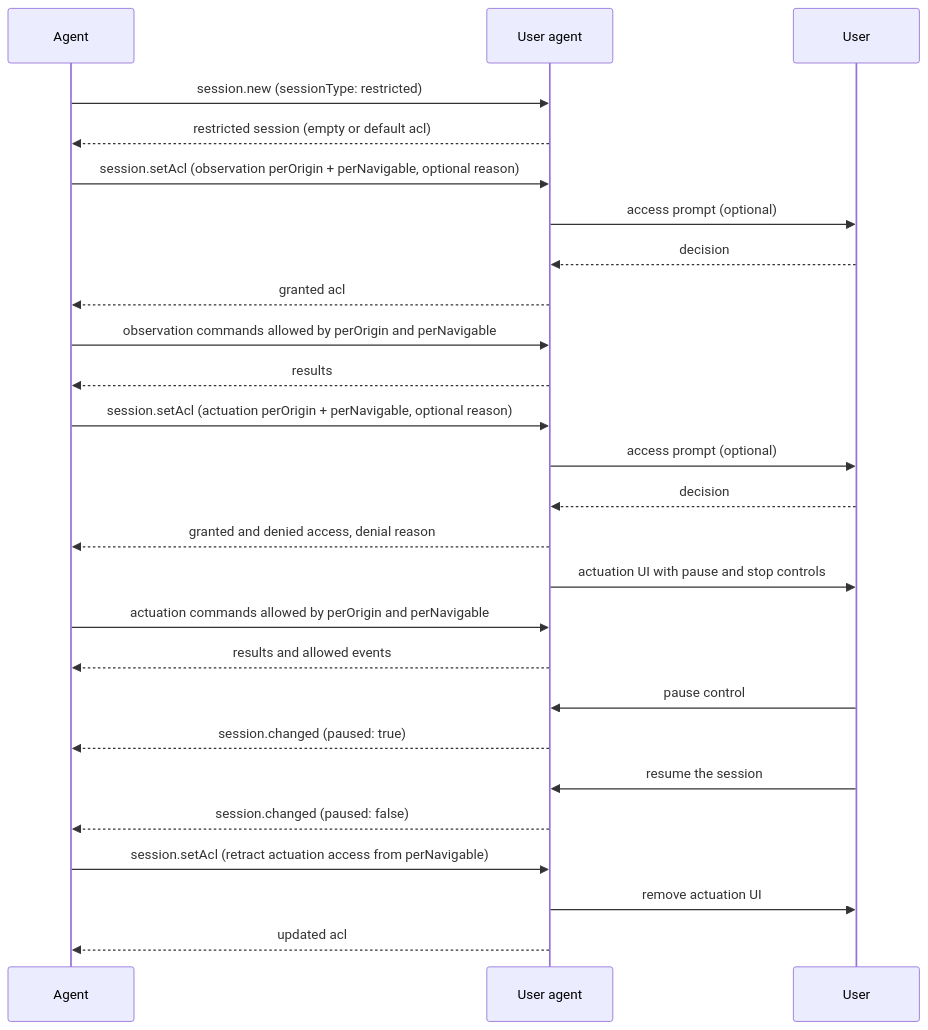
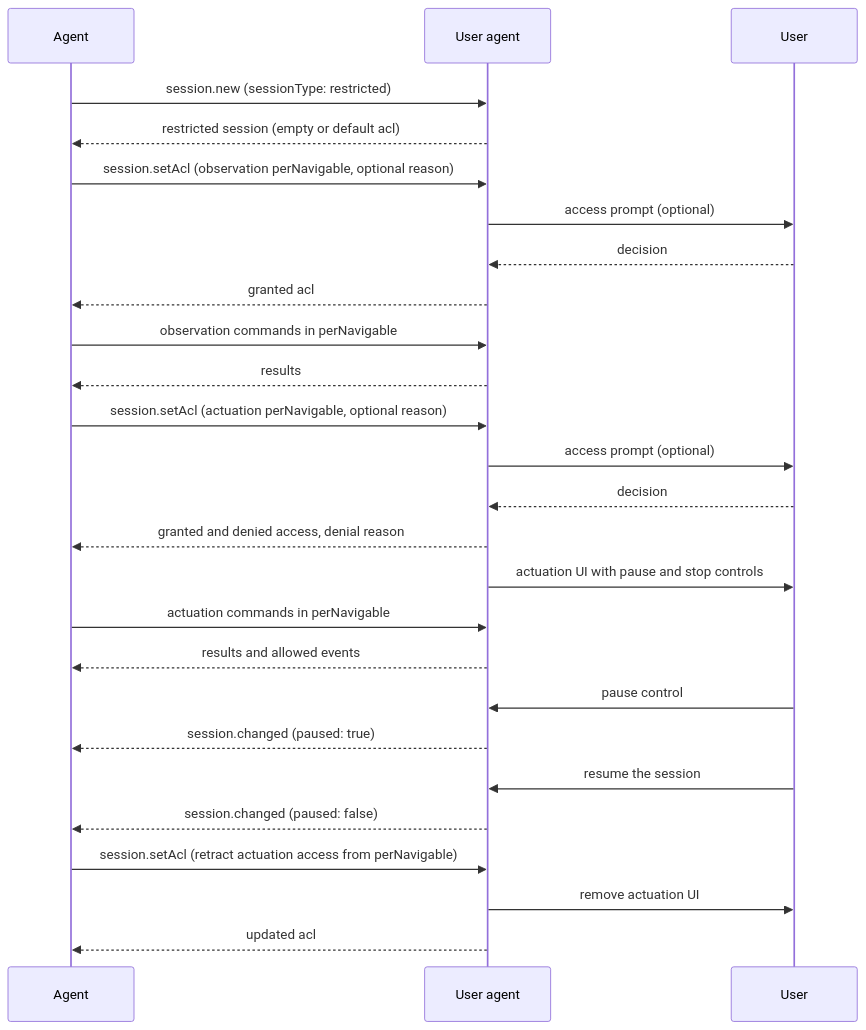
One commit to WICG/agentic-webdriver-bidi changed the diagram in explainers/restricted-sessions.md. Above: the diagram before and after it, drawn with Mermaid. The commit also changed other lines of this file and 2 other files, not shown here.

````diff
--- a/explainers/restricted-sessions.md
+++ b/explainers/restricted-sessions.md
@@ -116,29 +108,29 @@
 ```mermaid
 sequenceDiagram
     participant Agent
     participant UA as User agent
     participant User
 
     Agent->>UA: session.new (sessionType: restricted)
     UA-->>Agent: restricted session (empty or default acl)
-    Agent->>UA: session.setAcl (observation perOrigin + perNavigable, optional reason)
+    Agent->>UA: session.setAcl (observation perNavigable, optional reason)
     UA->>User: access prompt (optional)
     User-->>UA: decision
     UA-->>Agent: granted acl
-    Agent->>UA: observation commands allowed by perOrigin and perNavigable
+    Agent->>UA: observation commands in perNavigable
     UA-->>Agent: results
-    Agent->>UA: session.setAcl (actuation perOrigin + perNavigable, optional reason)
+    Agent->>UA: session.setAcl (actuation perNavigable, optional reason)
     UA->>User: access prompt (optional)
     User-->>UA: decision
     UA-->>Agent: granted and denied access, denial reason
     UA->>User: actuation UI with pause and stop controls
-    Agent->>UA: actuation commands allowed by perOrigin and perNavigable
+    Agent->>UA: actuation commands in perNavigable
     UA-->>Agent: results and allowed events
     User->>UA: pause control
     UA-->>Agent: session.changed (paused: true)
     User->>UA: resume the session
     UA-->>Agent: session.changed (paused: false)
     Agent->>UA: session.setAcl (retract actuation access from perNavigable)
     UA->>User: remove actuation UI
     UA-->>Agent: updated acl
 ```
````
